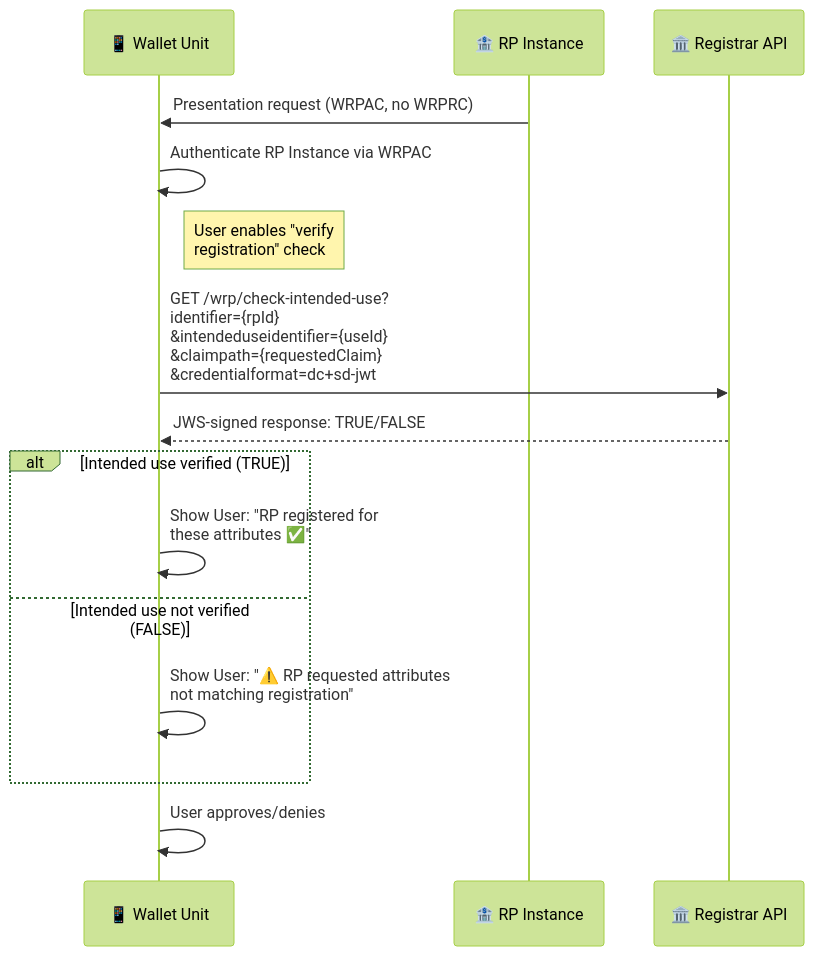
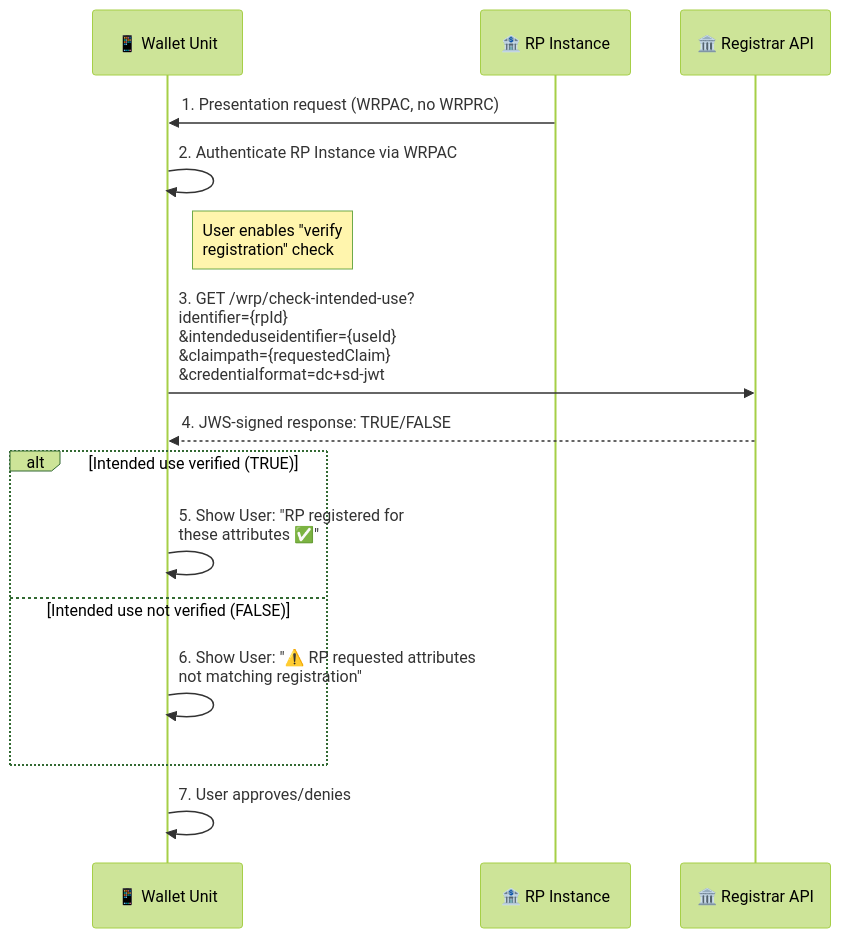
One commit to ivanstambuk/deep-research changed the fifth of 28 diagrams in papers/DR-0002/DR-0002-eudi-wallet-relying-party-integration.md. Above: the diagram before and after it, drawn with Mermaid (forest theme). The commit also changed other lines of this file, not shown here.

Commit message:
docs(DR-0002): enhance timelines, add ARF/STS hyperlinks

````diff
--- a/papers/DR-0002/DR-0002-eudi-wallet-relying-party-integration.md
+++ b/papers/DR-0002/DR-0002-eudi-wallet-relying-party-integration.md
@@ -746,27 +807,27 @@
 ```mermaid
 ---
 config:
   sequence:
     messageAlign: left
     noteAlign: left
 ---
 sequenceDiagram
     participant WU as 📱 Wallet Unit
     participant RPI as 🏦 RP Instance
     participant REG as 🏛️ Registrar API
 
-    RPI->>WU: Presentation request (WRPAC, no WRPRC)
-    WU->>WU: Authenticate RP Instance via WRPAC
+    RPI->>WU: 1. Presentation request (WRPAC, no WRPRC)
+    WU->>WU: 2. Authenticate RP Instance via WRPAC
     Note right of WU: User enables "verify<br/>registration" check
 
-    WU->>REG: GET /wrp/check-intended-use?<br/>identifier={rpId}<br/>&intendeduseidentifier={useId}<br/>&claimpath={requestedClaim}<br/>&credentialformat=dc+sd-jwt
-    REG-->>WU: JWS-signed response: TRUE/FALSE
+    WU->>REG: 3. GET /wrp/check-intended-use?<br/>identifier={rpId}<br/>&intendeduseidentifier={useId}<br/>&claimpath={requestedClaim}<br/>&credentialformat=dc+sd-jwt
+    REG-->>WU: 4. JWS-signed response: TRUE/FALSE
     
     alt Intended use verified (TRUE)
-        WU->>WU: Show User: "RP registered for<br/>these attributes ✅"
+        WU->>WU: 5. Show User: "RP registered for<br/>these attributes ✅"
     else Intended use not verified (FALSE)
-        WU->>WU: Show User: "⚠️ RP requested attributes<br/>not matching registration"
+        WU->>WU: 6. Show User: "⚠️ RP requested attributes<br/>not matching registration"
     end
     
-    WU->>WU: User approves/denies
+    WU->>WU: 7. User approves/denies
 ```
````
